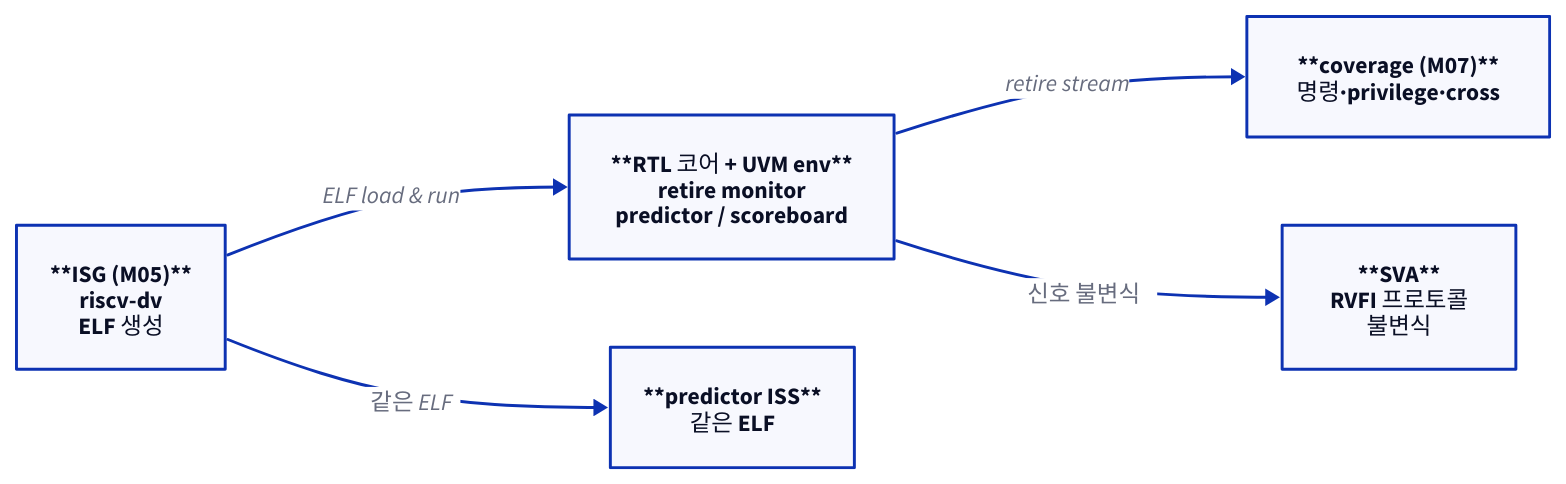
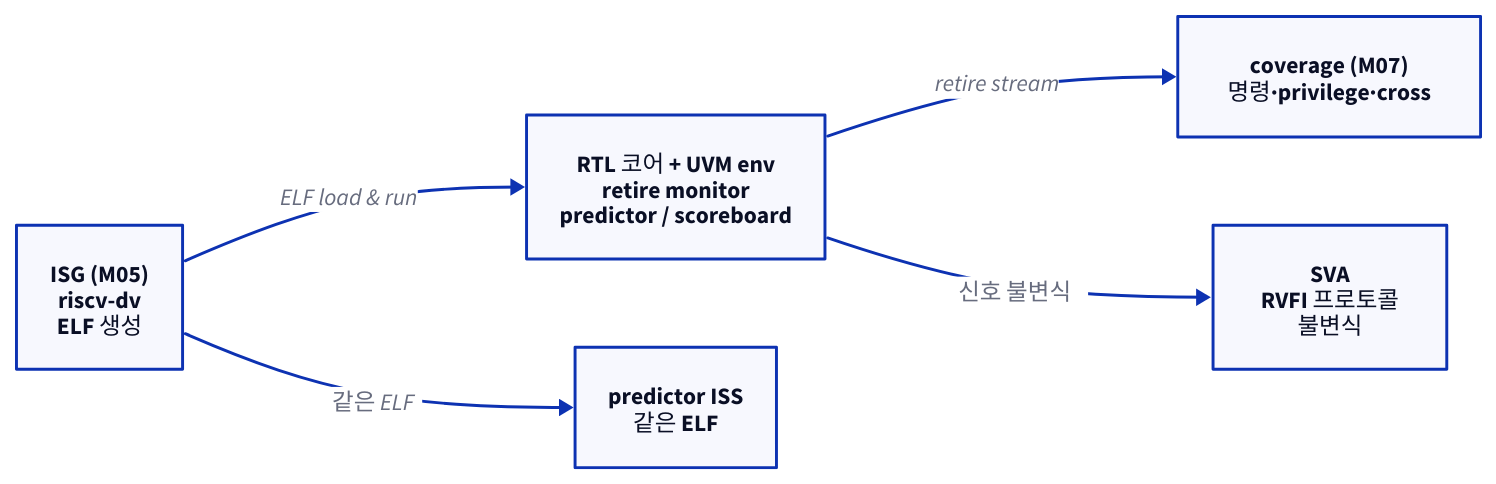
One commit to humbleowl39/DV_SKOOL changed the fourth of 7 diagrams in starlight_site/src/content/docs/cpu_dv/04_uvm_core_env.md. Above: the diagram before and after it, drawn with D2. The commit also changed other lines of this file and 714 other files, not shown here.

First line of the commit message:
fix(site): d2 다이어그램 가독성 결함 6종 일괄 수정

````diff
--- a/starlight_site/src/content/docs/cpu_dv/04_uvm_core_env.md
+++ b/starlight_site/src/content/docs/cpu_dv/04_uvm_core_env.md
@@ -222,14 +222,14 @@
 ```d2
 direction: right
 
-ISG: "**ISG (M05)**\nriscv-dv\nELF 생성"
-DUT: "**RTL 코어 + UVM env**\nretire monitor\npredictor / scoreboard"
-ISS: "**predictor ISS**\n같은 ELF"
-COV: "**coverage (M07)**\n명령·privilege·cross"
-SVA: "**SVA**\nRVFI 프로토콜\n불변식"
+ISG: "ISG (M05)\nriscv-dv\nELF 생성"
+DUT: "RTL 코어 + UVM env\nretire monitor\npredictor / scoreboard"
+ISS: "predictor ISS\n같은 ELF"
+COV: "coverage (M07)\n명령·privilege·cross"
+SVA: "SVA\nRVFI 프로토콜\n불변식"
 
 ISG -> DUT: "ELF load & run"
 ISG -> ISS: "같은 ELF"
 DUT -> COV: "retire stream"
 DUT -> SVA: "신호 불변식"
 ```
````
